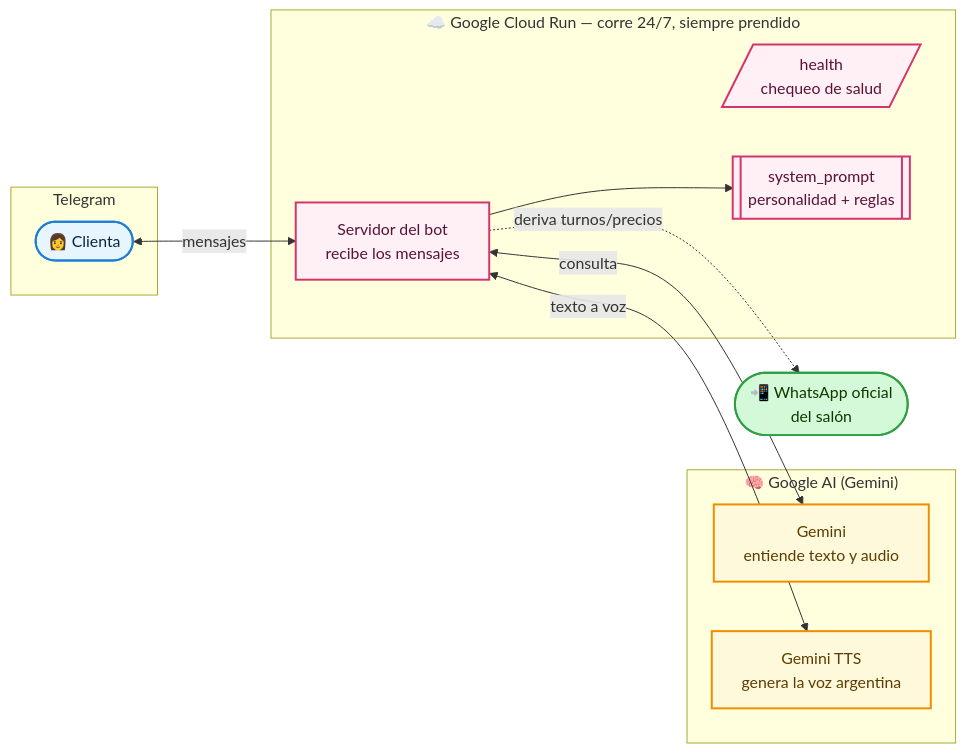
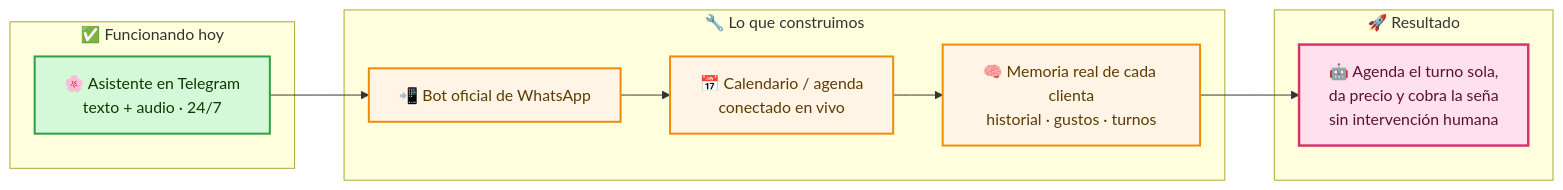
The third of 4 diagrams in agencia/bots/yas-papeo/docs/arquitectura.md (sergiopalomba05-jpg/quantumhive), drawn with Mermaid before and after one commit. The commit also changed other lines of this file and 1 other file, not shown here.

````diff
--- a/agencia/bots/yas-papeo/docs/arquitectura.md
+++ b/agencia/bots/yas-papeo/docs/arquitectura.md
@@ -60,35 +100,29 @@
 ```mermaid
 flowchart LR
-    subgraph TG[Telegram]
-        U([👩 Clienta])
+    subgraph HOY["✅ Funcionando hoy"]
+        A1[🌸 Asistente en Telegram<br/>texto + audio · 24/7]
     end
 
-    subgraph CR["☁️ Google Cloud Run — corre 24/7, siempre prendido"]
-        WH[Servidor del bot<br/>recibe los mensajes]
-        H[/health<br/>chequeo de salud/]
-        PROMPT[[system_prompt<br/>personalidad + reglas]]
+    subgraph CONST["🔧 Lo que construimos"]
+        B1[📲 Bot oficial de WhatsApp]
+        B2[📅 Calendario / agenda<br/>conectado en vivo]
+        B3[🧠 Memoria real de cada clienta<br/>historial · gustos · turnos]
     end
 
-    subgraph GOOGLE["🧠 Google AI (Gemini)"]
-        CHAT[Gemini<br/>entiende texto y audio]
-        TTS[Gemini TTS<br/>genera la voz argentina]
+    subgraph META["🚀 Resultado"]
+        C1[🤖 Agenda el turno sola,<br/>da precio y cobra la seña<br/>sin intervención humana]
     end
 
-    WA([📲 WhatsApp oficial<br/>del salón])
+    A1 --> B1
+    B1 --> B2
+    B2 --> B3
+    B3 --> C1
 
-    U <-->|mensajes| WH
-    WH --> PROMPT
-    WH <-->|consulta| CHAT
-    WH <-->|texto a voz| TTS
-    WH -.->|deriva turnos/precios| WA
+    classDef hoy fill:#d3f9d8,stroke:#2f9e44,stroke-width:2px,color:#143601;
+    classDef con fill:#fff4e6,stroke:#f08c00,stroke-width:2px,color:#5c3c00;
+    classDef meta fill:#ffe0ec,stroke:#d6336c,stroke-width:2.5px,color:#5a1133;
 
-    classDef tg fill:#e7f5ff,stroke:#1c7ed6,stroke-width:2px,color:#0b2545;
-    classDef cr fill:#fff0f6,stroke:#d6336c,stroke-width:2px,color:#5a1133;
-    classDef g fill:#fff9db,stroke:#f08c00,stroke-width:2px,color:#5c3c00;
-    classDef wa fill:#d3f9d8,stroke:#2f9e44,stroke-width:2px,color:#143601;
-
-    class U tg;
-    class WH,H,PROMPT cr;
-    class CHAT,TTS g;
-    class WA wa;
+    class A1 hoy;
+    class B1,B2,B3 con;
+    class C1 meta;
 ```
````
